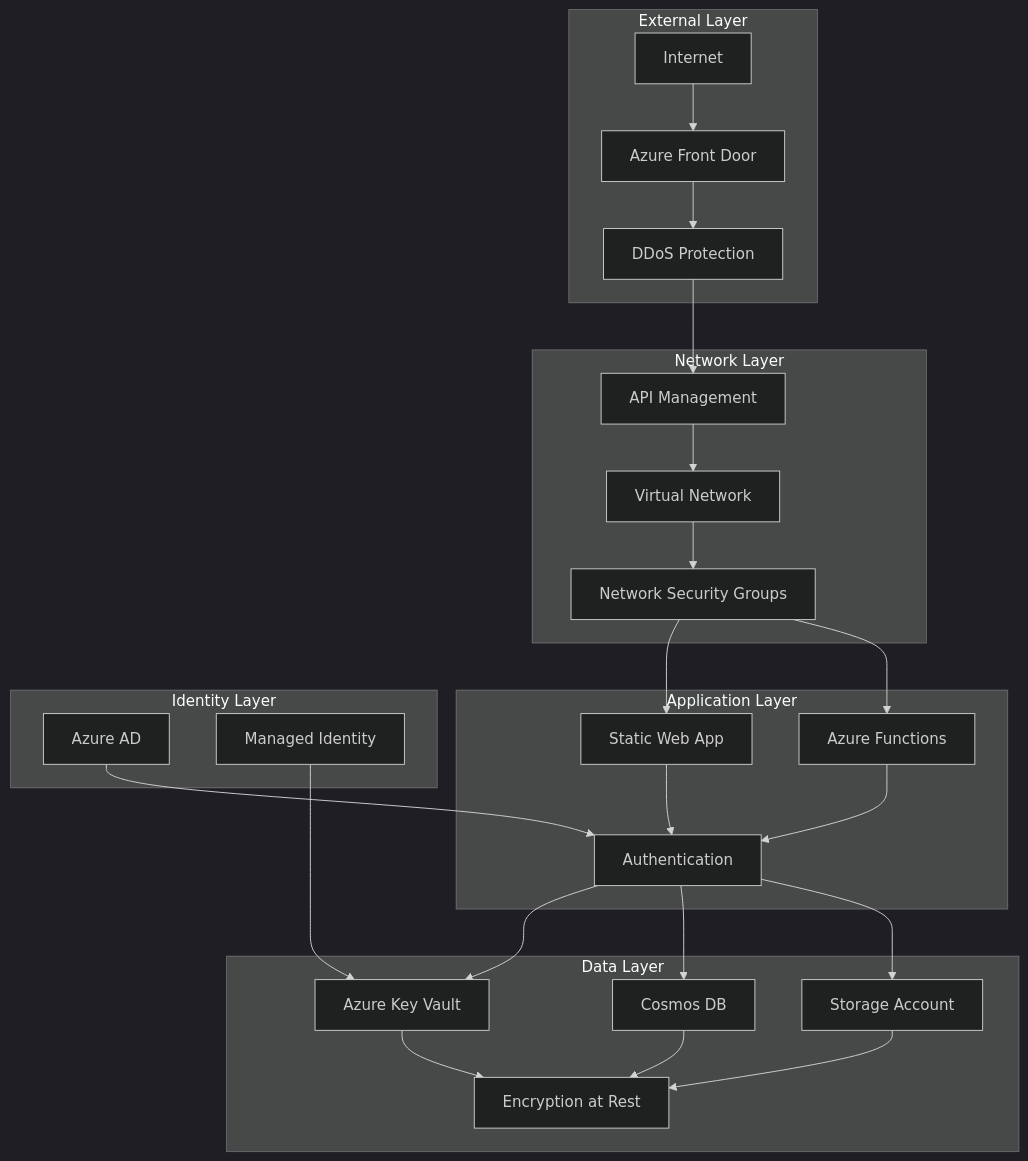
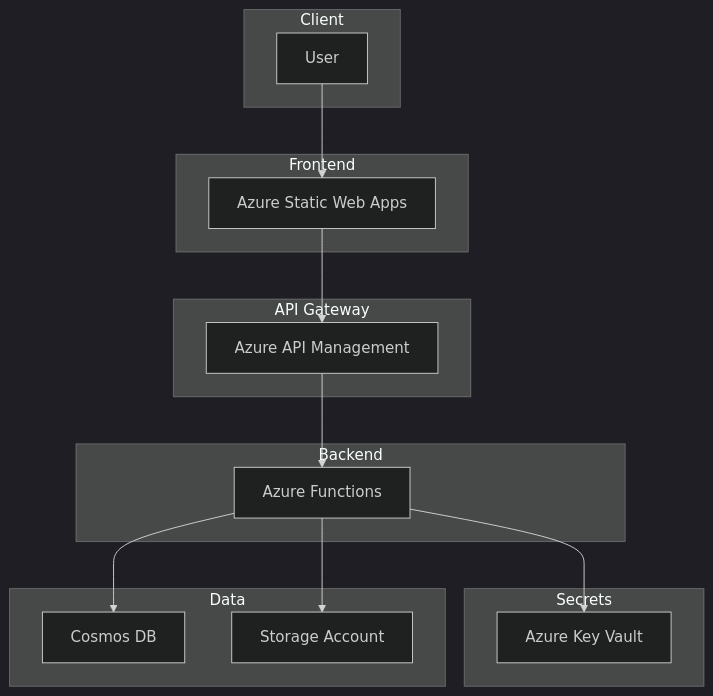
One commit to Abernaughty/PCPC changed the first of 4 diagrams in docs/security.md. Above: the diagram before and after it, drawn with Mermaid (dark theme). The commit also changed other lines of this file and 7 other files, not shown here.

````diff
--- a/docs/security.md
+++ b/docs/security.md
@@ -11,34 +11,34 @@
 ```mermaid
 graph TB
-    subgraph "External Layer"
-        A[Internet] --> B[Azure Front Door]
-        B --> C[DDoS Protection]
+    subgraph "Client"
+        U[User]
     end
-    
-    subgraph "Network Layer"
-        C --> D[API Management]
-        D --> E[Virtual Network]
-        E --> F[Network Security Groups]
+
+    subgraph "Frontend"
+        SWA[Azure Static Web Apps]
     end
-    
-    subgraph "Application Layer"  
-        F --> G[Static Web App]
-        F --> H[Azure Functions]
-        G --> I[Authentication]
-        H --> I
+
+    subgraph "API Gateway"
+        APIM[Azure API Management]
     end
-    
-    subgraph "Data Layer"
-        I --> J[Azure Key Vault]
-        I --> K[Cosmos DB]
-        I --> L[Storage Account]
-        J --> M[Encryption at Rest]
-        K --> M
-        L --> M
+
+    subgraph "Backend"
+        AF[Azure Functions]
     end
-    
-    subgraph "Identity Layer"
-        N[Azure AD] --> I
-        O[Managed Identity] --> J
+
+    subgraph "Secrets"
+        KV[Azure Key Vault]
     end
+
+    subgraph "Data"
+        COSMOS[Cosmos DB]
+        STORAGE[Storage Account]
+    end
+
+    U --> SWA
+    SWA --> APIM
+    APIM --> AF
+    AF --> KV
+    AF --> COSMOS
+    AF --> STORAGE
 ```
````
